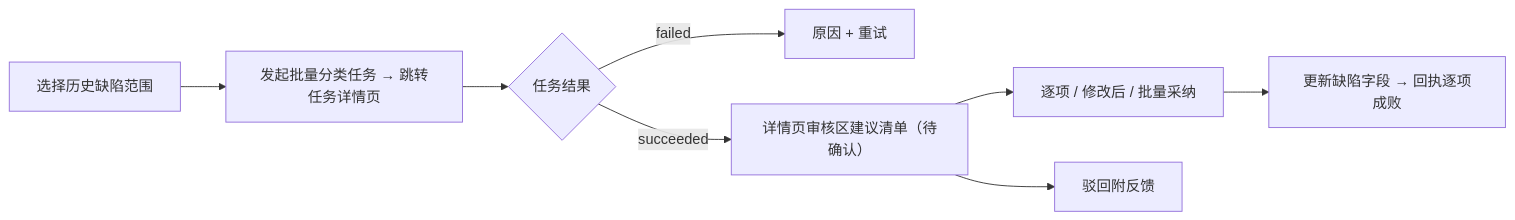
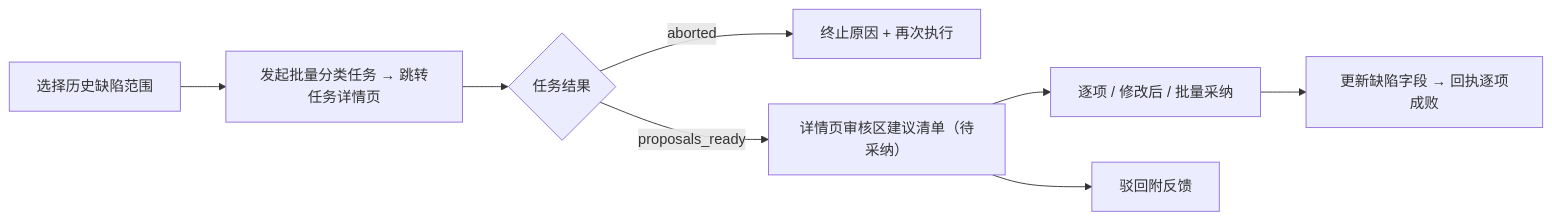
Before and after one commit to XiaoMiSum/robotest: the second of 2 diagrams in docs/05-interaction-design/07-ai-capability/06-defect-analysis-ui.md, drawn with Mermaid. The commit also changed other lines of this file and 18 other files, not shown here.

````diff
--- a/docs/05-interaction-design/07-ai-capability/06-defect-analysis-ui.md
+++ b/docs/05-interaction-design/07-ai-capability/06-defect-analysis-ui.md
@@ -94,10 +94,10 @@
 ```mermaid
 flowchart LR
   A[选择历史缺陷范围] --> B[发起批量分类任务 → 跳转任务详情页]
   B --> C{任务结果}
-  C -- failed --> D[原因 + 重试]
-  C -- succeeded --> E[详情页审核区建议清单（待确认）]
+  C -- aborted --> D[终止原因 + 再次执行]
+  C -- proposals_ready --> E[详情页审核区建议清单（待采纳）]
   E --> F[逐项 / 修改后 / 批量采纳]
   E --> G[驳回附反馈]
   F --> H[更新缺陷字段 → 回执逐项成败]
 ```
````
